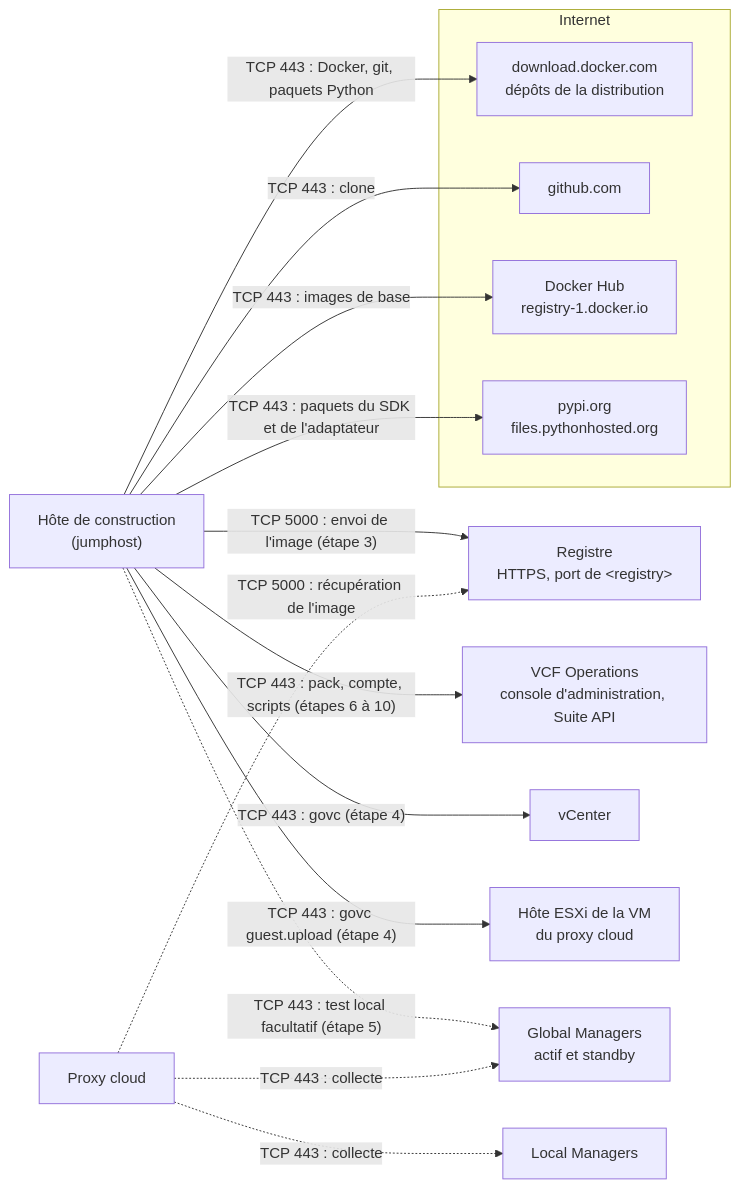
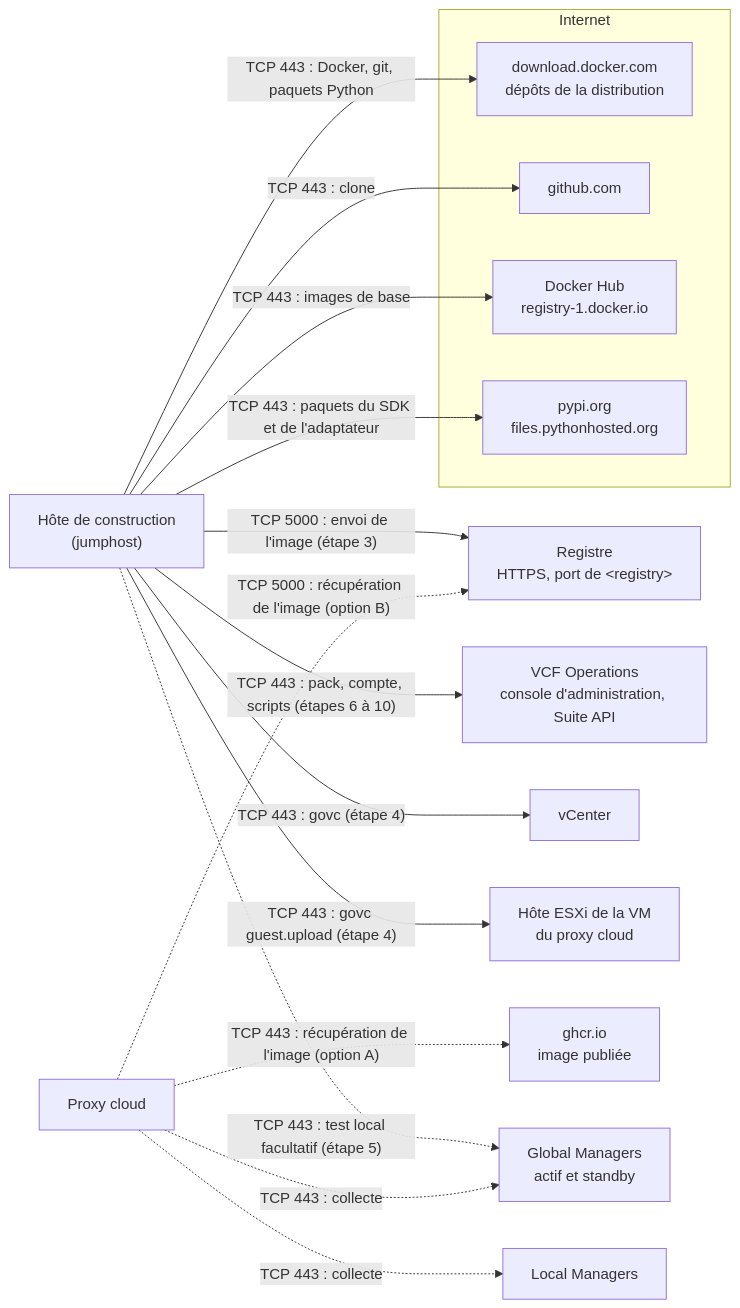
The diagram in docs/INSTALL.fr.md (sorinplaton/vcf-ops-nsx-federation-mp), drawn with Mermaid before and after one commit. The commit also changed other lines of this file and 3 other files, not shown here.

First line of the commit message:
Install guide: Option A, download the released pack (image on ghcr.io)

````diff
--- a/docs/INSTALL.fr.md
+++ b/docs/INSTALL.fr.md
@@ -26,30 +43,32 @@
 ```mermaid
 flowchart LR
   subgraph NET["Internet"]
     PKG["download.docker.com<br/>dépôts de la distribution"]
     GH["github.com"]
     HUB["Docker Hub<br/>registry-1.docker.io"]
     PYPI["pypi.org<br/>files.pythonhosted.org"]
   end
   BH["Hôte de construction<br/>(jumphost)"]
   REG["Registre<br/>HTTPS, port de &lt;registry&gt;"]
   OPS["VCF Operations<br/>console d'administration, Suite API"]
   VC["vCenter"]
   ESX["Hôte ESXi de la VM<br/>du proxy cloud"]
   CP["Proxy cloud"]
+  GHCR["ghcr.io<br/>image publiée"]
   GM["Global Managers<br/>actif et standby"]
   LM["Local Managers"]
 
   BH -->|"TCP 443 : Docker, git, paquets Python"| PKG
   BH -->|"TCP 443 : clone"| GH
   BH -->|"TCP 443 : images de base"| HUB
   BH -->|"TCP 443 : paquets du SDK et de l'adaptateur"| PYPI
   BH -->|"TCP 5000 : envoi de l'image (étape 3)"| REG
   BH -->|"TCP 443 : pack, compte, scripts (étapes 6 à 10)"| OPS
   BH -->|"TCP 443 : govc (étape 4)"| VC
   BH -->|"TCP 443 : govc guest.upload (étape 4)"| ESX
   BH -.->|"TCP 443 : test local facultatif (étape 5)"| GM
-  CP -.->|"TCP 5000 : récupération de l'image"| REG
+  CP -.->|"TCP 5000 : récupération de l'image (option B)"| REG
+  CP -.->|"TCP 443 : récupération de l'image (option A)"| GHCR
   CP -.->|"TCP 443 : collecte"| GM
   CP -.->|"TCP 443 : collecte"| LM
 ```
````
